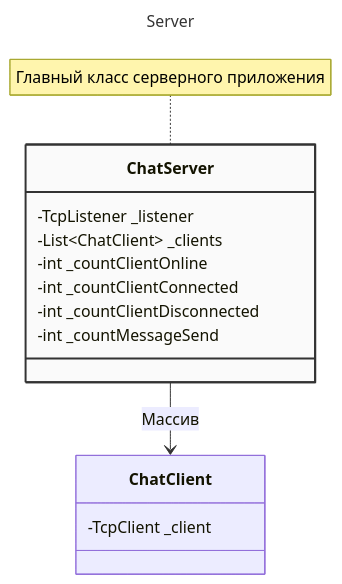
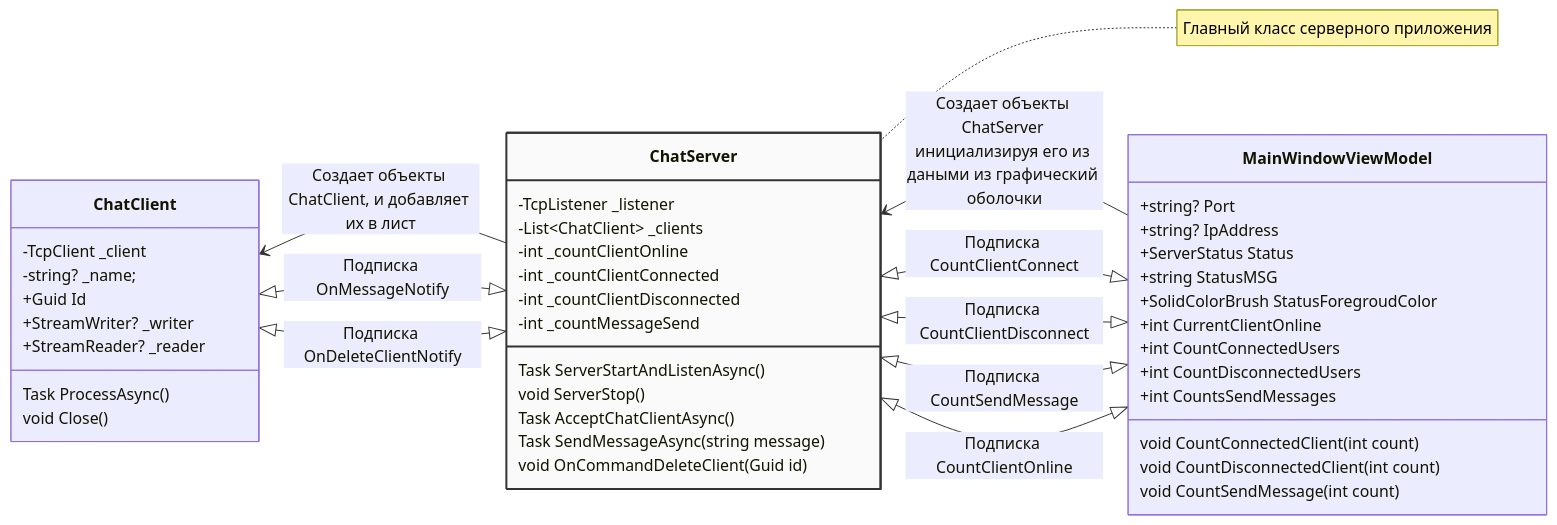
The second of 2 diagrams in README.md (VladRusKorol/WPF_TcpChat), drawn with Mermaid before and after one commit. The commit also changed other lines of this file, not shown here.

Commit message:
Update README.md
update readme

````diff
--- a/README.md
+++ b/README.md
@@ -85,27 +85,61 @@
 ```mermaid
----
-title: Server
----
 classDiagram
-   
+   direction RL
     class ChatServer{
         -TcpListener _listener
         -List~ChatClient~ _clients
 
         -int _countClientOnline
         -int _countClientConnected
         -int _countClientDisconnected
         -int _countMessageSend
+
+        Task ServerStartAndListenAsync()
+        void ServerStop()
+
+        Task AcceptChatClientAsync()
+        Task SendMessageAsync(string message)
+        void OnCommandDeleteClient(Guid id)
+        
     }
 
     class ChatClient{
             -TcpClient _client
+            -string? _name;
+            +Guid Id
+            +StreamWriter? _writer 
+            +StreamReader? _reader
+            Task ProcessAsync()
+            void Close()
     }
     style ChatServer fill:#fafafa,stroke:#333,stroke-width:2px
     note for ChatServer "Главный класс серверного приложения"
 
     
 
-    ChatServer --> ChatClient : Массив
+    ChatServer --> ChatClient : Создает объекты ChatClient, и добавляет их в лист
+    ChatServer <|--|> ChatClient : Подписка OnMessageNotify
+    ChatServer <|--|> ChatClient : Подписка OnDeleteClientNotify
 
+
+    class MainWindowViewModel{
+        +string? Port
+        +string? IpAddress
+        +ServerStatus Status
+        +string StatusMSG
+        +SolidColorBrush StatusForegroudColor
+        +int CurrentClientOnline
+        +int CountConnectedUsers
+        +int CountDisconnectedUsers
+        +int CountsSendMessages
+        void CountConnectedClient(int count)
+        void CountDisconnectedClient(int count)
+        void CountSendMessage(int count)
+    }
+
+     MainWindowViewModel --> ChatServer : Создает объекты ChatServer инициализируя его из даными из графический оболочки
+     MainWindowViewModel <|--|> ChatServer : Подписка CountClientConnect
+     MainWindowViewModel <|--|> ChatServer : Подписка CountClientDisconnect
+     MainWindowViewModel <|--|> ChatServer : Подписка CountSendMessage
+     MainWindowViewModel <|--|> ChatServer : Подписка CountClientOnline
 ```
````
